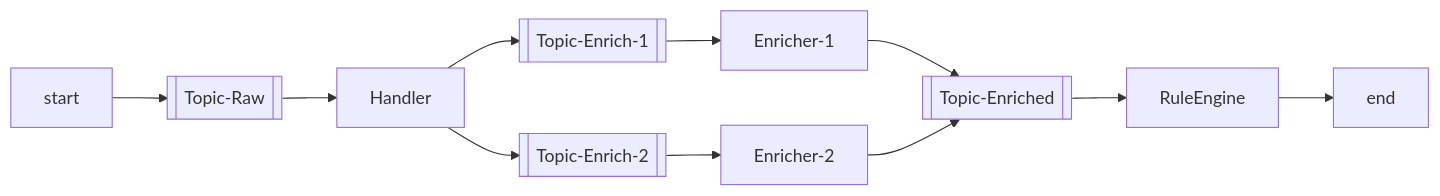
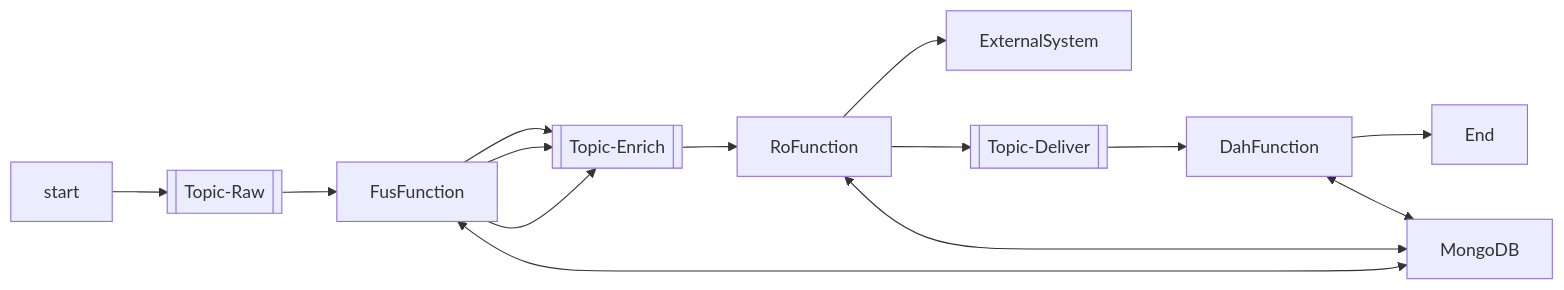
Before and after one commit to thymeC/spring-cloud-stream-example: the diagram in README.md, drawn with Mermaid. The commit also changed 12 other files, not shown here.

````diff
--- a/README.md
+++ b/README.md
@@ -3,13 +3,16 @@
 ```mermaid
 flowchart LR
     start --> tr[[Topic-Raw]]
-    tr --> Handler
-    Handler --> t1[[Topic-Enrich-1]]
-    Handler --> t2[[Topic-Enrich-2]]
-    t1 --> Enricher-1
-    t2 --> Enricher-2
-    Enricher-1 --> t3[[Topic-Enriched]]
-    Enricher-2 --> t3
-    t3 --> RuleEngine
-    RuleEngine --> e[end]
+    tr --> FusFunction
+    FusFunction --> t1[[Topic-Enrich]]
+    FusFunction --> t1
+    FusFunction --> t1
+    t1 --> RoFunction
+    RoFunction --> ExternalSystem
+    RoFunction --> t2[[Topic-Deliver]]
+    t2 --> DahFunction
+    FusFunction <--> MongoDB
+    RoFunction <--> MongoDB
+    DahFunction <--> MongoDB
+    DahFunction --> End
 ```
````
